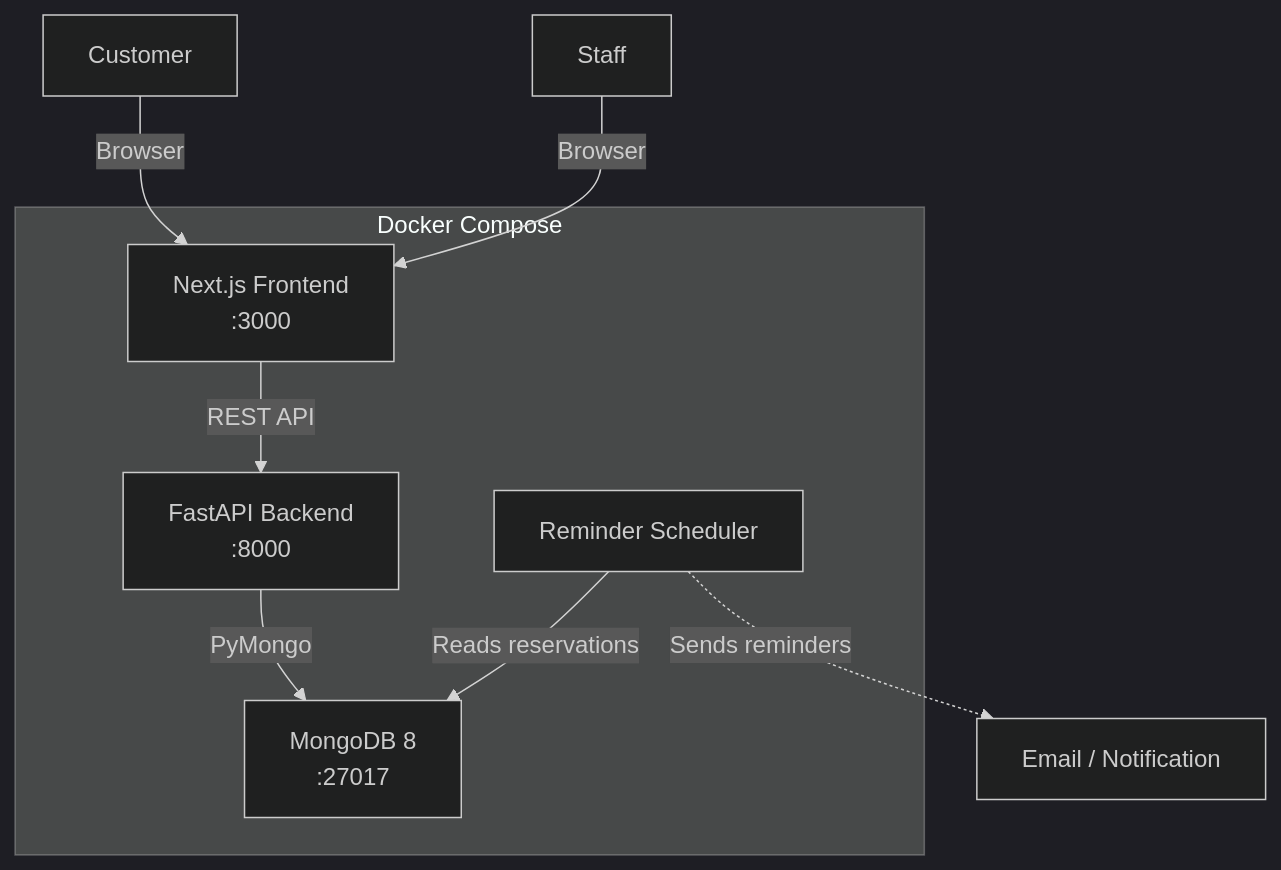
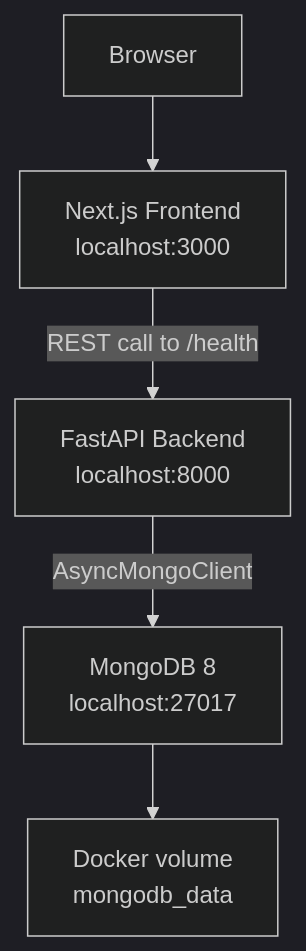
One commit to rabbitglauser/gibz-raumvermietung changed the diagram in docs/ARCHITECTURE.md. Above: the diagram before and after it, drawn with Mermaid (dark theme). The commit also changed other lines of this file and 3 other files, not shown here.

Commit message:
[docs] Implemented ARCHITECTURE.md, DEPLOYMENT.md, TESTING.md and PROJECT_DOCUMENTATION.md

````diff
--- a/docs/ARCHITECTURE.md
+++ b/docs/ARCHITECTURE.md
@@ -19,16 +11,13 @@
 ```mermaid
 graph TB
-    subgraph "Docker Compose"
-        FE["Next.js Frontend<br/>:3000"]
-        BE["FastAPI Backend<br/>:8000"]
-        DB["MongoDB 8<br/>:27017"]
-        SCH["Reminder Scheduler"]
-    end
+    Browser["Browser"]
+    FE["Next.js Frontend<br/>localhost:3000"]
+    BE["FastAPI Backend<br/>localhost:8000"]
+    DB["MongoDB 8<br/>localhost:27017"]
+    Volume["Docker volume<br/>mongodb_data"]
 
-    Customer -->|"Browser"| FE
-    Staff -->|"Browser"| FE
-    FE -->|"REST API"| BE
-    BE -->|"PyMongo"| DB
-    SCH -->|"Reads reservations"| DB
-    SCH -.->|"Sends reminders"| Email["Email / Notification"]
+    Browser --> FE
+    FE -->|"REST call to /health"| BE
+    BE -->|"AsyncMongoClient"| DB
+    DB --> Volume
 ```
````
